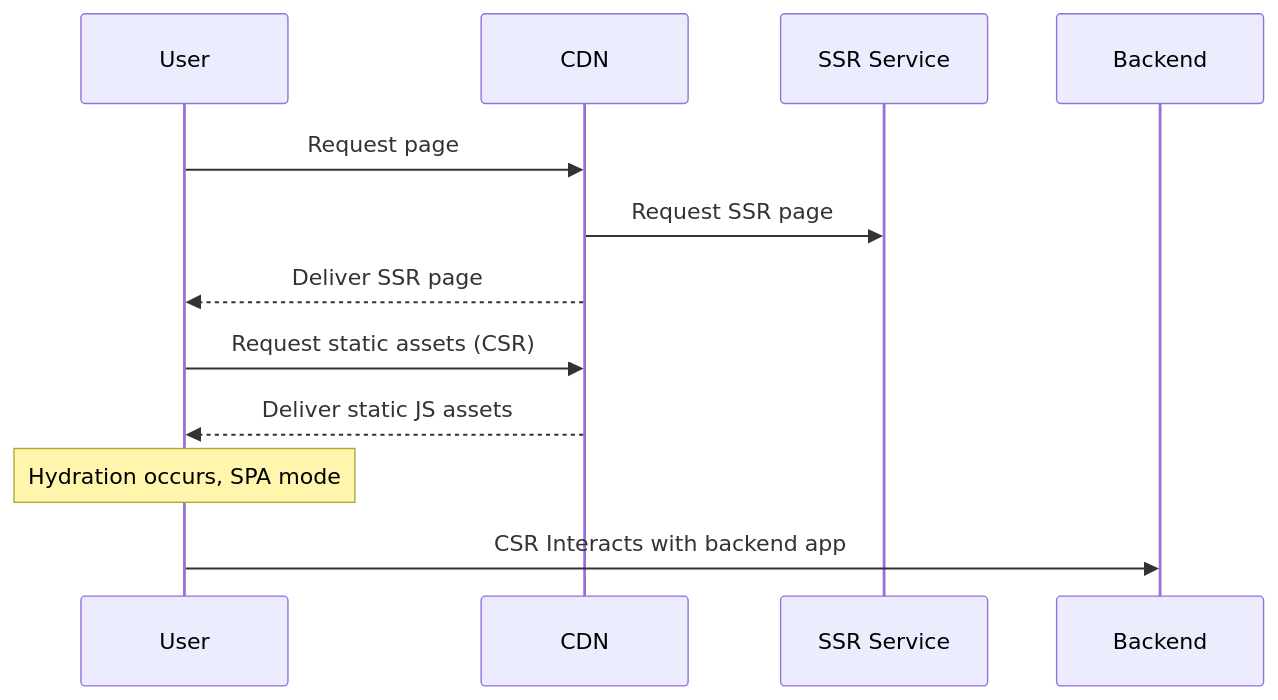
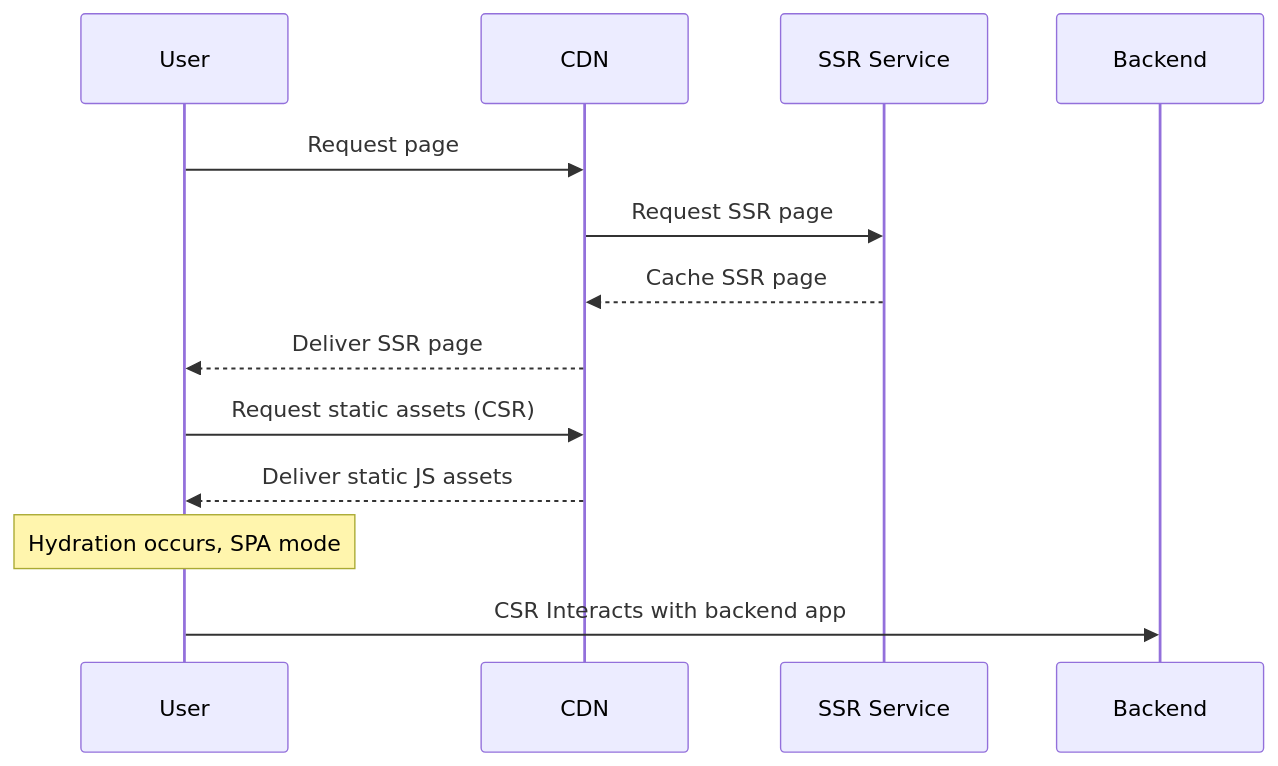
The diagram in _drafts/oryx/ssr.md (spryker/spryker-docs), drawn with Mermaid before and after one commit. The commit also changed other lines of this file, not shown here.

````diff
--- a/_drafts/oryx/ssr.md
+++ b/_drafts/oryx/ssr.md
@@ -80,15 +70,16 @@
 ```mermaid
 sequenceDiagram
   participant User
   participant CDN
   participant SSR Service
   participant Backend
   
   User->>CDN: Request page
     CDN->>SSR Service: Request SSR page
+    SSR Service-->>CDN: Cache SSR page
   CDN-->>User: Deliver SSR page
   User->>CDN: Request static assets (CSR)
   CDN-->>User: Deliver static JS assets
   Note over User: Hydration occurs, SPA mode
   User->>Backend: CSR Interacts with backend app
 ```
````
